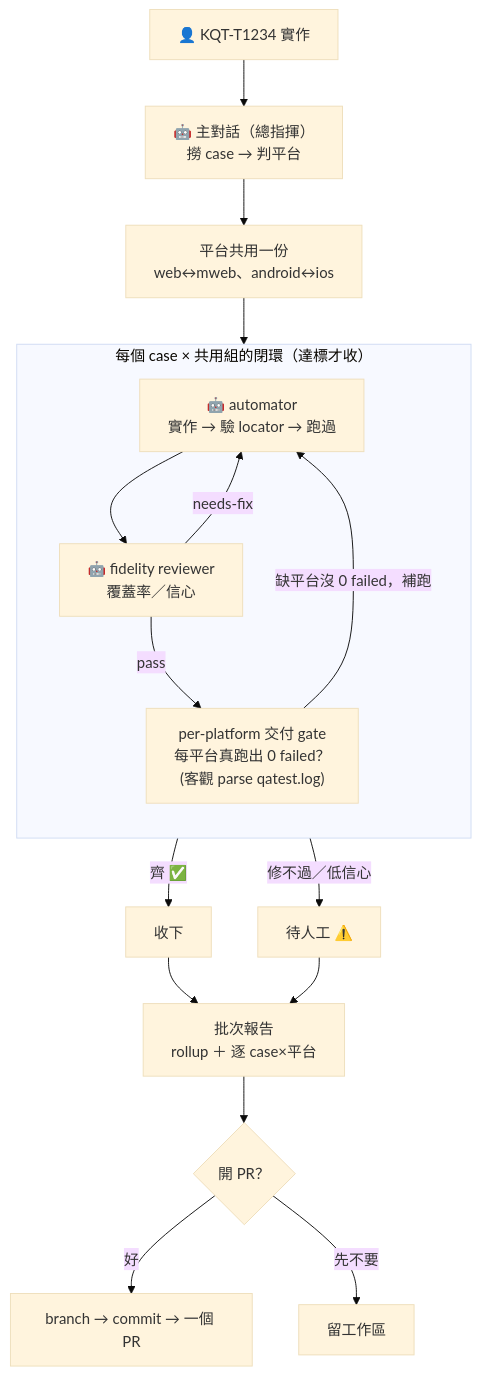
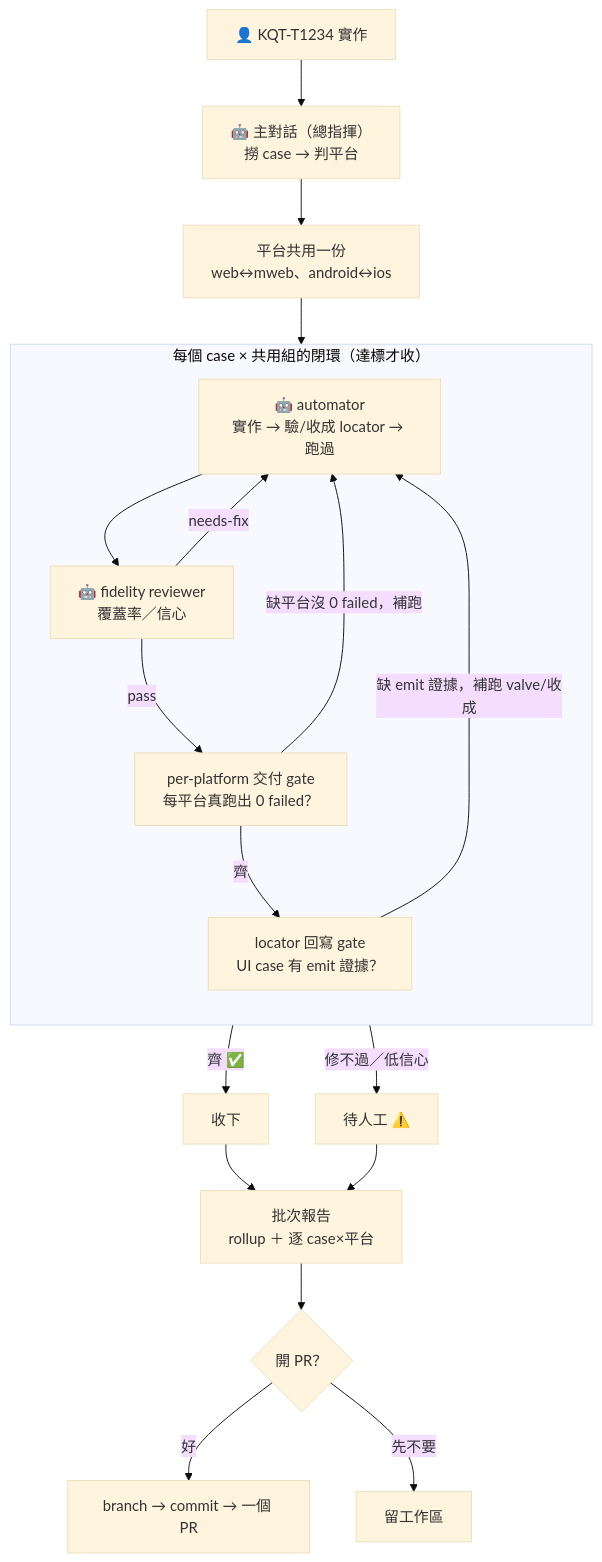
Before and after one commit to kkday-it/kkday-qa-skills: the diagram in docs/how-to-automate-tcms-cases.md, drawn with Mermaid (base theme). The commit also changed other lines of this file and 11 other files, not shown here.

First line of the commit message:
refactor(locator): script 改名 locator_valve.py，不與 MCP 工具 get_verified_locator 撞名

````diff
--- a/docs/how-to-automate-tcms-cases.md
+++ b/docs/how-to-automate-tcms-cases.md
@@ -44,25 +44,28 @@
 ```mermaid
 flowchart TD
     A["👤 KQT-T1234 實作"] --> B["🤖 主對話（總指揮）<br/>撈 case → 判平台"]
     B --> P["平台共用一份<br/>web↔mweb、android↔ios"]
     P --> E
 
     subgraph LOOP["每個 case × 共用組的閉環（達標才收）"]
         direction TB
-        E["🤖 automator<br/>實作 → 驗 locator → 跑過"]
+        E["🤖 automator<br/>實作 → 驗/收成 locator → 跑過"]
         F["🤖 fidelity reviewer<br/>覆蓋率／信心"]
-        GATE["per-platform 交付 gate<br/>每平台真跑出 0 failed？<br/>(客觀 parse qatest.log)"]
+        GATE["per-platform 交付 gate<br/>每平台真跑出 0 failed？"]
+        LOC["locator 回寫 gate<br/>UI case 有 emit 證據？"]
         E --> F
         F -->|"needs-fix"| E
         F -->|"pass"| GATE
         GATE -->|"缺平台沒 0 failed，補跑"| E
+        GATE -->|"齊"| LOC
+        LOC -->|"缺 emit 證據，補跑 valve/收成"| E
     end
 
-    GATE -->|"齊 ✅"| G["收下"]
+    LOC -->|"齊 ✅"| G["收下"]
     F -->|"修不過／低信心"| H["待人工 ⚠️"]
     G --> R["批次報告<br/>rollup ＋ 逐 case×平台"]
     H --> R
     R --> S{"開 PR？"}
     S -->|"好"| T["branch → commit → 一個 PR"]
     S -->|"先不要"| L["留工作區"]
 ```
````
